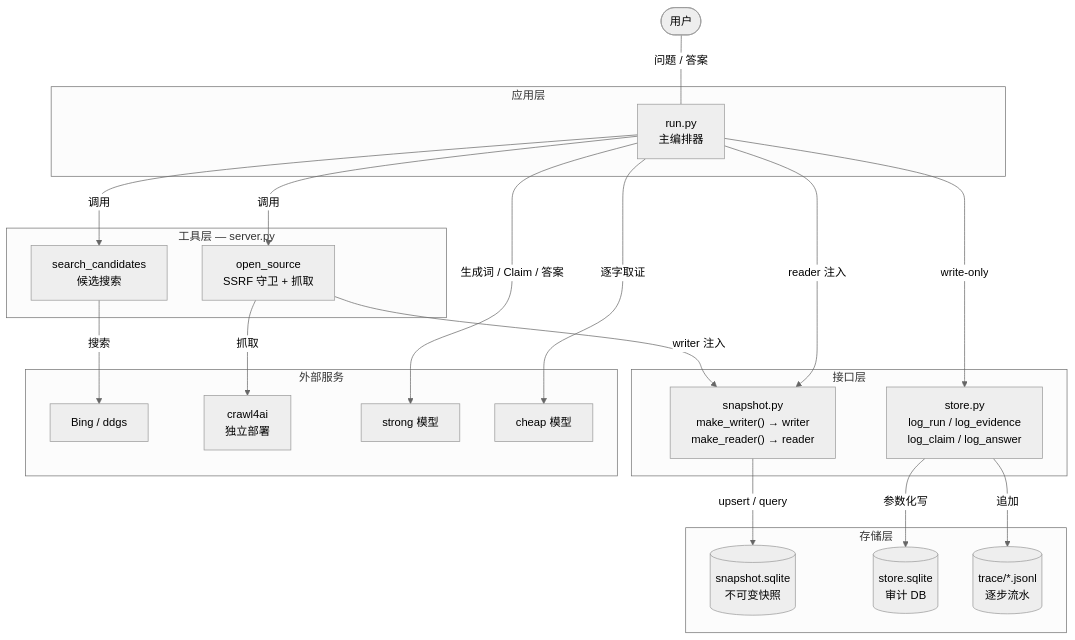
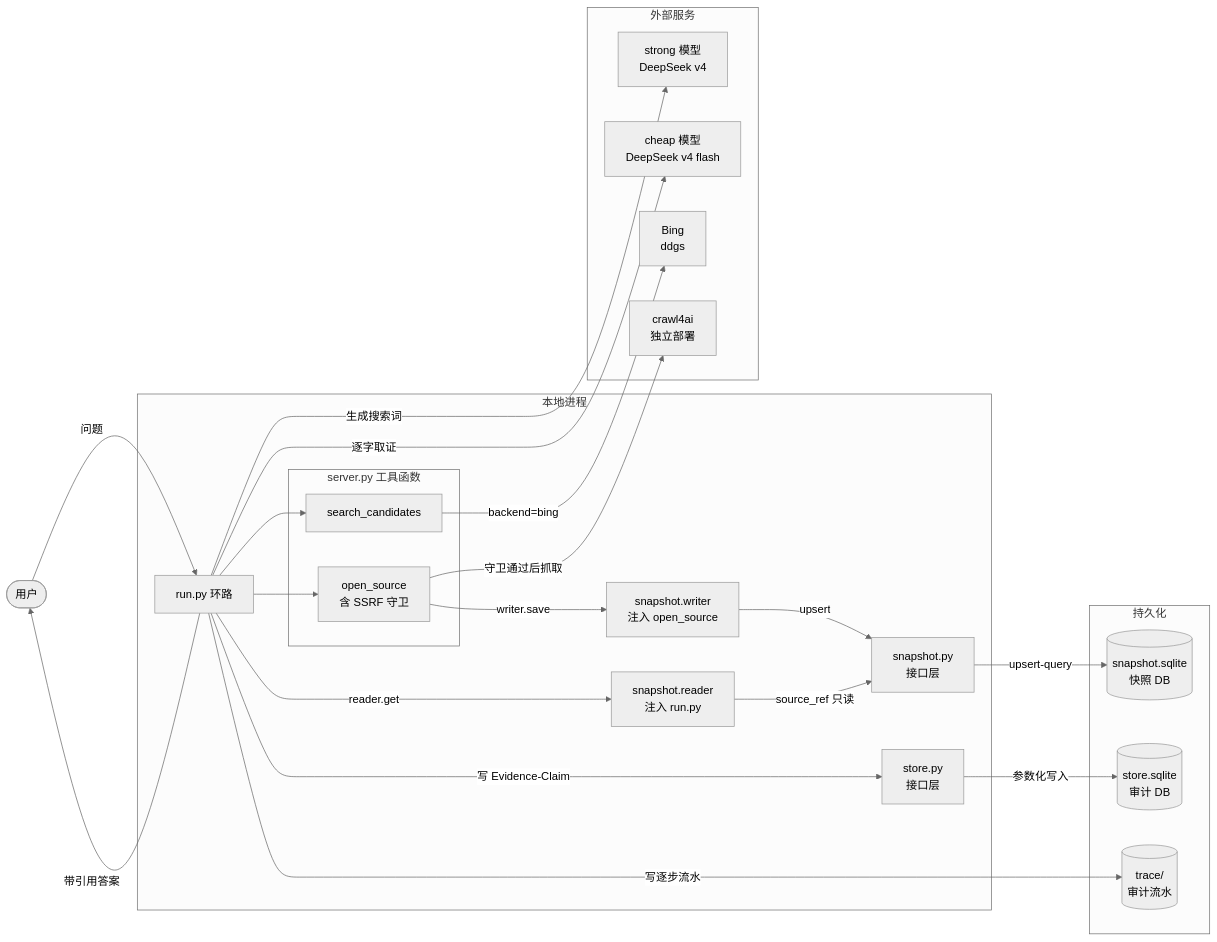
One commit to SuperCatQR/traceable-research-runtime changed the second of 3 diagrams in docs/web-search-architecture.md. Above: the diagram before and after it, drawn with Mermaid (neutral theme). The commit also changed other lines of this file, not shown here.

Commit message:
docs(web-search): §4.1换architecture-beta语法,§4.2补缺失mermaid fence

````diff
--- a/docs/web-search-architecture.md
+++ b/docs/web-search-architecture.md
@@ -88,48 +131,46 @@
 ```mermaid
-flowchart TB
+flowchart LR
     U([用户])
 
-    subgraph APP["应用层"]
-        R["run.py<br/>主编排器"]
-    end
-
-    subgraph TOOL["工具层 — server.py"]
-        SC["search_candidates<br/>候选搜索"]
-        OS["open_source<br/>SSRF 守卫 + 抓取"]
-    end
-
-    subgraph IFACE["接口层"]
-        STP["store.py<br/>log_run / log_evidence<br/>log_claim / log_answer"]
-        SNP["snapshot.py<br/>make_writer() → writer<br/>make_reader() → reader"]
-    end
-
-    subgraph STORE["存储层"]
-        SNAPDB[("snapshot.sqlite<br/>不可变快照")]
-        AUDITDB[("store.sqlite<br/>审计 DB")]
-        TR[("trace/*.jsonl<br/>逐步流水")]
+    subgraph P["本地进程"]
+        R["run.py 环路"]
+        subgraph SRV["server.py 工具函数"]
+            SC[search_candidates]
+            OS["open_source<br/>含 SSRF 守卫"]
+        end
+        ST["store.py<br/>接口层"]
+        SN["snapshot.py<br/>接口层"]
+        SNW["snapshot.writer<br/>注入 open_source"]
+        SNR["snapshot.reader<br/>注入 run.py"]
     end
 
     subgraph EXT["外部服务"]
-        SE["Bing / ddgs"]
+        SE["Bing<br/>ddgs"]
         CR["crawl4ai<br/>独立部署"]
-        SM["strong 模型"]
-        CM["cheap 模型"]
+        S["strong 模型<br/>DeepSeek v4"]
+        C["cheap 模型<br/>DeepSeek v4 flash"]
     end
 
-    U -- "问题 / 答案" --- R
+    subgraph DB_LAYER["持久化"]
+        SNAPDB[("snapshot.sqlite<br/>快照 DB")]
+        AUDITDB[("store.sqlite<br/>审计 DB")]
+        TR[("trace/<br/>审计流水")]
+    end
 
-    R -- "调用" --> SC
-    R -- "调用" --> OS
-    R -- "write-only" --> STP
-    R -- "reader 注入" --> SNP
-    R -- "生成词 / Claim / 答案" --> SM
-    R -- "逐字取证" --> CM
-
-    SC -- "搜索" --> SE
-    OS -- "抓取" --> CR
-    OS -- "writer 注入" --> SNP
-
-    STP -- "参数化写" --> AUDITDB
-    STP -- "追加" --> TR
-    SNP -- "upsert / query" --> SNAPDB
+    U -->|问题| R
+    R -->|生成搜索词| S
+    R -->|逐字取证| C
+    R --> SC
+    SC -->|backend=bing| SE
+    R --> OS
+    OS -->|守卫通过后抓取| CR
+    OS -->|writer.save| SNW
+    SNW -->|upsert| SN
+    SN -->|upsert-query| SNAPDB
+    R -->|reader.get| SNR
+    SNR -->|source_ref 只读| SN
+    R -->|写 Evidence-Claim| ST
+    ST -->|参数化写入| AUDITDB
+    R -->|写逐步流水| TR
+    R -->|带引用答案| U
 ```
````
